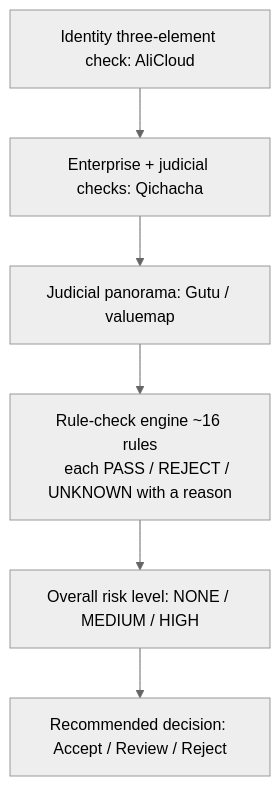
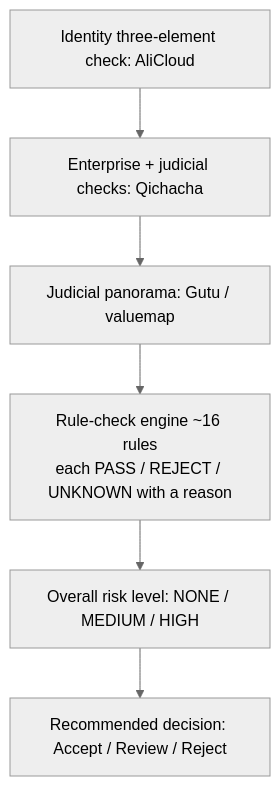
The fifth of 5 diagrams in docs/FLOWS.md (scvolea/olea-dowsure-oracle), drawn with Mermaid (neutral theme) before and after one commit. The commit also changed other lines of this file and 4 other files, not shown here.

````diff
--- a/docs/FLOWS.md
+++ b/docs/FLOWS.md
@@ -274,9 +269,8 @@
 ```mermaid
 flowchart TD
-    K1[Identity three-element check: AliCloud] --> K2[Enterprise + judicial checks: Qichacha]
-    K2 --> K3[Judicial panorama: Gutu / valuemap]
-    K3 --> K4[Rule-check engine ~16 rules
-    each PASS / REJECT / UNKNOWN with a reason]
-    K4 --> K5[Overall risk level: NONE / MEDIUM / HIGH]
-    K5 --> K6[Recommended decision: Accept / Review / Reject]
+    K1["Identity three-element check: AliCloud"] --> K2["Enterprise + judicial checks: Qichacha"]
+    K2 --> K3["Judicial panorama: Gutu / valuemap"]
+    K3 --> K4["Rule-check engine ~16 rules<br/>each PASS / REJECT / UNKNOWN with a reason"]
+    K4 --> K5["Overall risk level: NONE / MEDIUM / HIGH"]
+    K5 --> K6["Recommended decision: Accept / Review / Reject"]
 ```
````
